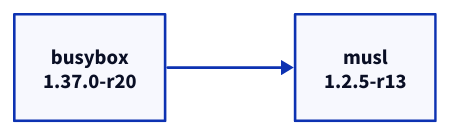
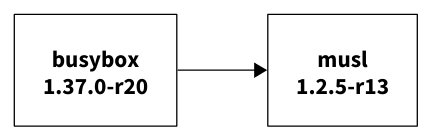
Before and after one commit to Natnalop/Timofeev_IKBO-70-25: the diagram in Workbook2/stage5/examples/busybox.d2, drawn with D2. The commit also changed 8 other files, not shown here.

Commit message:
style(workbook2): use plain monochrome graphs with orthogonal edges

```diff
--- a/Workbook2/stage5/examples/busybox.d2
+++ b/Workbook2/stage5/examples/busybox.d2
@@ -1,4 +1,32 @@
 direction: right
-"busybox@1.37.0-r20": "busybox\n1.37.0-r20"
-"musl@1.2.5-r13": "musl\n1.2.5-r13"
-"busybox@1.37.0-r20" -> "musl@1.2.5-r13"
+vars: {
+  d2-config: {
+    layout-engine: elk
+  }
+}
+style.fill: white
+"busybox@1.37.0-r20": "busybox\n1.37.0-r20" {
+  shape: rectangle
+  style.fill: white
+  style.stroke: black
+  style.font-color: black
+  style.stroke-width: 1
+  style.border-radius: 0
+  style.shadow: false
+  style.font-size: 18
+}
+"musl@1.2.5-r13": "musl\n1.2.5-r13" {
+  shape: rectangle
+  style.fill: white
+  style.stroke: black
+  style.font-color: black
+  style.stroke-width: 1
+  style.border-radius: 0
+  style.shadow: false
+  style.font-size: 18
+}
+"busybox@1.37.0-r20" -> "musl@1.2.5-r13" {
+  style.stroke: black
+  style.stroke-width: 1
+  style.border-radius: 0
+}
```
